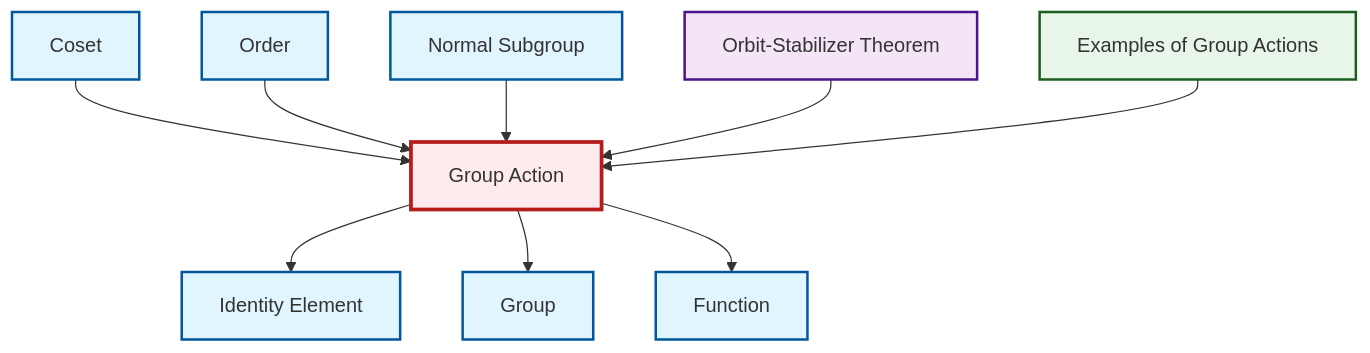
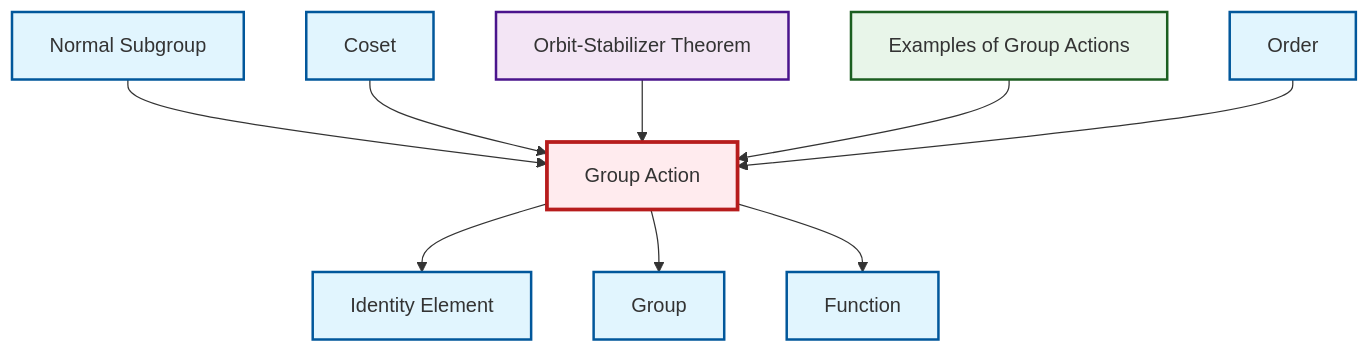
The diagram in output/mermaid/en/def-group-action.mermaid (RK0429/ModernMath), drawn with Mermaid before and after one commit. The commit also changed other lines of this file and 1718 other files, not shown here.

```diff
--- a/output/mermaid/en/def-group-action.mermaid
+++ b/output/mermaid/en/def-group-action.mermaid
@@ -1,24 +1,24 @@
 graph TD
     classDef definition fill:#e1f5fe,stroke:#01579b,stroke-width:2px
     classDef theorem fill:#f3e5f5,stroke:#4a148c,stroke-width:2px
     classDef axiom fill:#fff3e0,stroke:#e65100,stroke-width:2px
     classDef example fill:#e8f5e9,stroke:#1b5e20,stroke-width:2px
     classDef current fill:#ffebee,stroke:#b71c1c,stroke-width:3px
+    def-group-action["Group Action"]:::definition
+    def-function["Function"]:::definition
     def-order["Order"]:::definition
+    def-coset["Coset"]:::definition
+    ex-group-action-examples["Examples of Group Actions"]:::example
+    thm-orbit-stabilizer["Orbit-Stabilizer Theorem"]:::theorem
     def-identity-element["Identity Element"]:::definition
-    def-group-action["Group Action"]:::definition
+    def-group["Group"]:::definition
     def-normal-subgroup["Normal Subgroup"]:::definition
-    thm-orbit-stabilizer["Orbit-Stabilizer Theorem"]:::theorem
-    def-function["Function"]:::definition
-    def-coset["Coset"]:::definition
-    def-group["Group"]:::definition
-    ex-group-action-examples["Examples of Group Actions"]:::example
+    def-normal-subgroup --> def-group-action
     def-coset --> def-group-action
+    thm-orbit-stabilizer --> def-group-action
+    ex-group-action-examples --> def-group-action
+    def-group-action --> def-identity-element
     def-order --> def-group-action
-    def-group-action --> def-identity-element
-    def-normal-subgroup --> def-group-action
     def-group-action --> def-group
-    thm-orbit-stabilizer --> def-group-action
     def-group-action --> def-function
-    ex-group-action-examples --> def-group-action
     class def-group-action current
```
